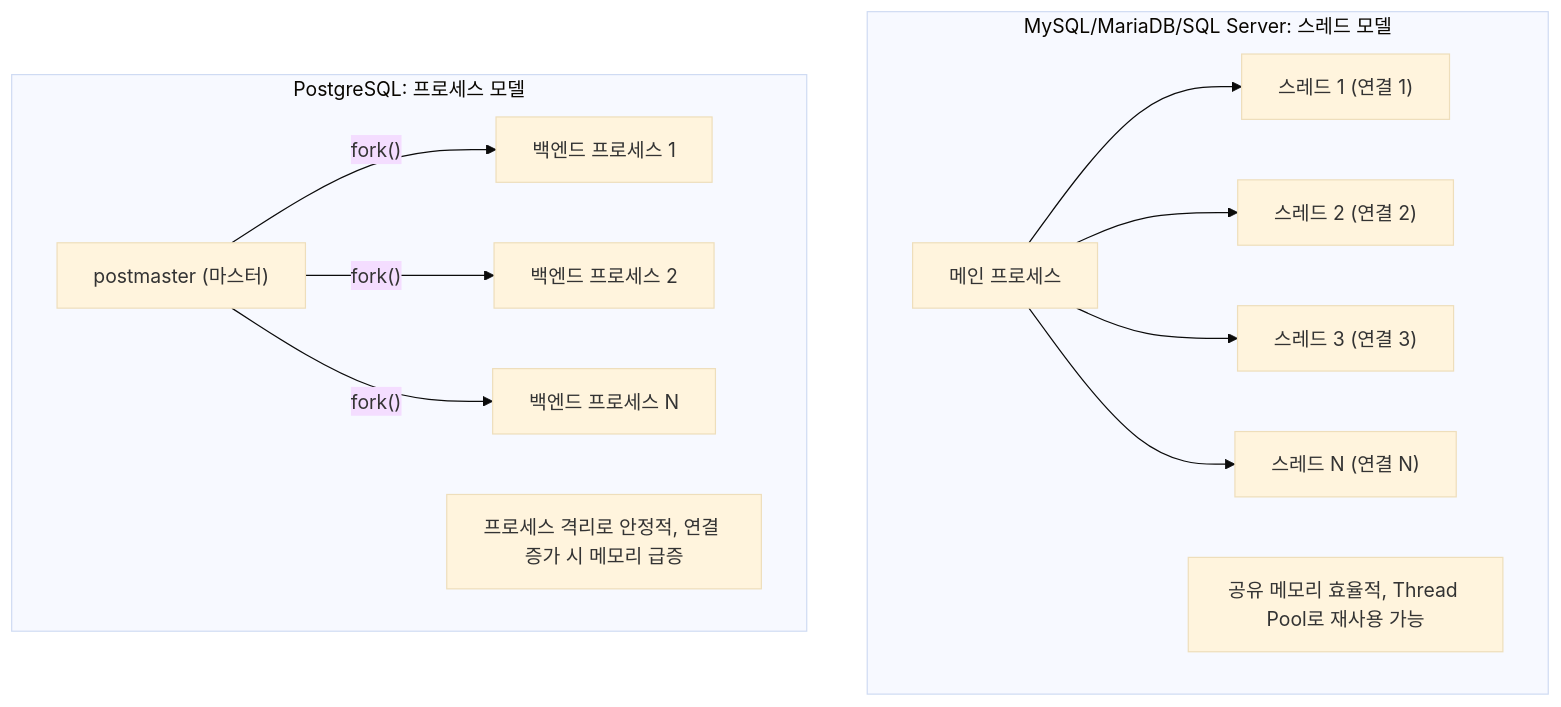
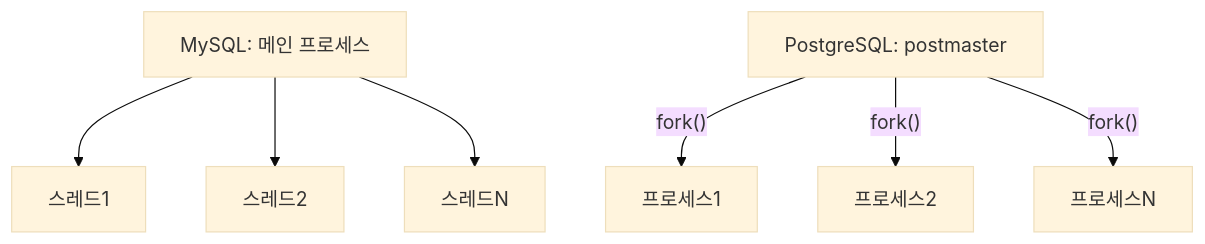
Before and after one commit to yjkim2015/yjkim2015.github.io: the fifth of 15 diagrams in _posts/db/2026-05-01-db-comparison.md, drawn with Mermaid (base theme). The commit also changed other lines of this file and 215 other files, not shown here.

First line of the commit message:
신규 포스트 10개 추가 + Mermaid 전면 축소 + SystemDesign 시리즈 보강

````diff
--- a/_posts/db/2026-05-01-db-comparison.md
+++ b/_posts/db/2026-05-01-db-comparison.md
@@ -131,16 +116,5 @@
 ```mermaid
 graph TD
-    subgraph "MySQL/MariaDB/SQL Server: 스레드 모델"
-        P1["메인 프로세스"] --> T1["스레드 1 (연결 1)"]
-        P1 --> T2["스레드 2 (연결 2)"]
-        P1 --> T3["스레드 3 (연결 3)"]
-        P1 --> T4["스레드 N (연결 N)"]
-        note1["공유 메모리 효율적, Thread Pool로 재사용 가능"]
-    end
-    subgraph "PostgreSQL: 프로세스 모델"
-        PM["postmaster (마스터)"] -->|"fork()"| PR1["백엔드 프로세스 1"]
-        PM -->|"fork()"| PR2["백엔드 프로세스 2"]
-        PM -->|"fork()"| PR3["백엔드 프로세스 N"]
-        note2["프로세스 격리로 안정적, 연결 증가 시 메모리 급증"]
-    end
+    P1["MySQL: 메인 프로세스"] --> T1["스레드1"] & T2["스레드2"] & T3["스레드N"]
+    PM["PostgreSQL: postmaster"] -->|"fork()"| PR1["프로세스1"] & PR2["프로세스2"] & PR3["프로세스N"]
 ```
````
